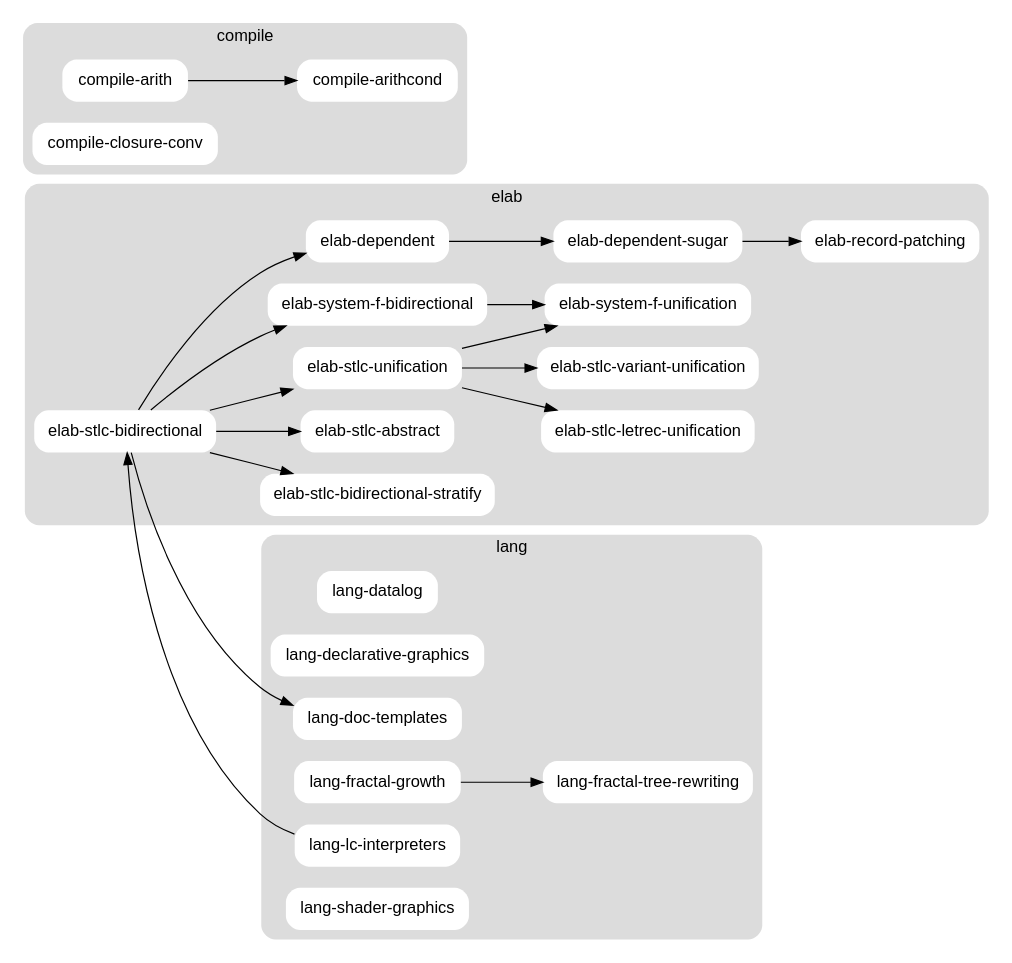
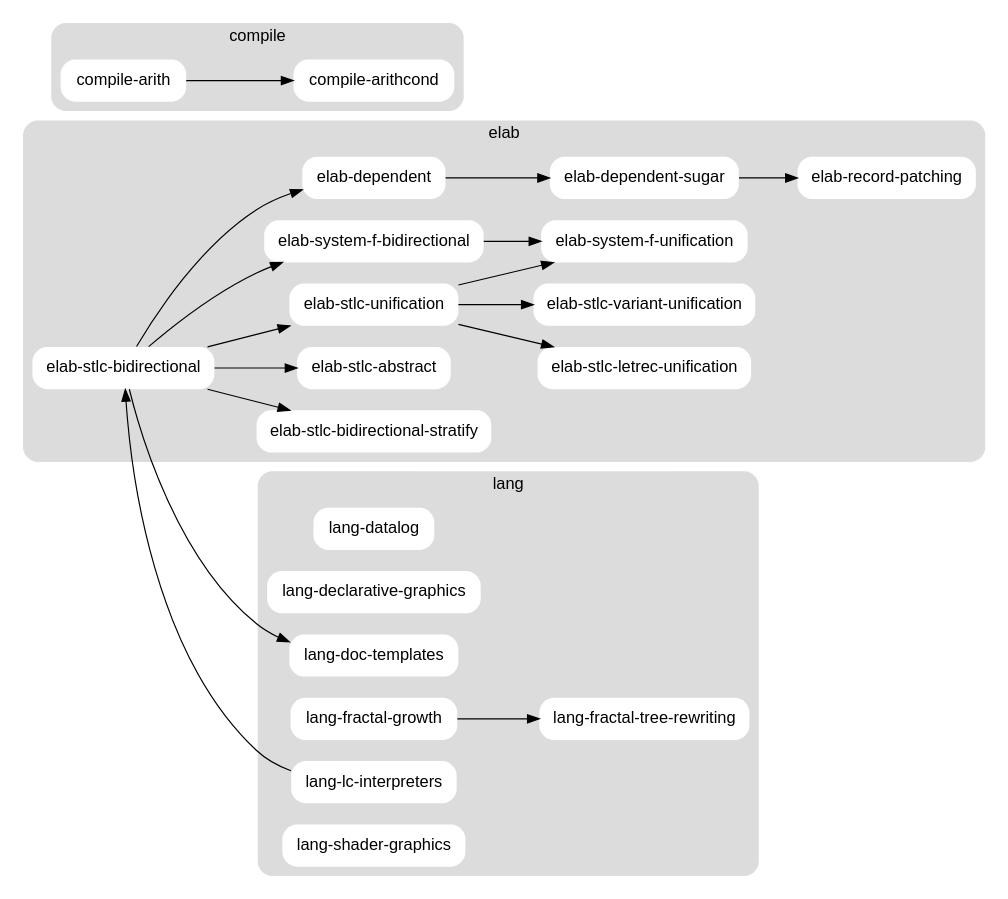
Before and after one commit to brendanzab/language-garden: the diagram in garden.dot, drawn with Graphviz. The commit also changed 52 other files, not shown here.

```diff
--- a/garden.dot
+++ b/garden.dot
@@ -1,78 +1,77 @@
 // dot -Tsvg garden.dot > garden.svg
 // dot -Tpng garden.dot | imgcat
 
 digraph garden {
 
   graph [
     color = "none",
     fillcolor = "gainsboro",
     fontname = "Helvetica,Arial,sans-serif",
     rankdir = LR,
     style = "filled, rounded",
   ];
 
   node [
     color = "none",
     fillcolor = "white",
     fontname = "Helvetica,Arial,sans-serif",
     margin = "0.2, 0.0",
     shape = "box",
     style = "filled, rounded",
   ];
 
   subgraph elab {
     label = "elab";
     cluster = true;
 
     "elab-stlc-bidirectional" [URL = "./elab-stlc-bidirectional"];
     "elab-stlc-bidirectional-stratify" [URL = "./elab-stlc-bidirectional"];
     "elab-stlc-abstract" [URL = "./elab-stlc-abstract"];
     "elab-stlc-unification" [URL = "./elab-stlc-unification"];
     "elab-stlc-letrec-unification" [URL = "./elab-stlc-letrec-unification"];
     "elab-stlc-variant-unification" [URL = "./elab-stlc-variant-unification"];
     "elab-system-f-bidirectional" [URL = "./elab-system-f-bidirectional"];
     "elab-system-f-unification" [URL = "./elab-system-f-unification"];
     "elab-dependent" [URL = "./elab-dependent/"];
     "elab-dependent-sugar" [URL = "./elab-dependent-sugar/"];
     "elab-record-patching" [URL = "./elab-record-patching/"];
   }
 
   subgraph compile {
     label = "compile";
     cluster = true;
 
     "compile-arith" [URL = "./compile-arith/"];
     "compile-arithcond" [URL = "./compile-arithcond/"];
-    "compile-closure-conv" [URL = "./compile-closure-conv"];
   }
 
   subgraph lang {
     label = "lang";
     cluster = true;
 
     "lang-datalog" [URL = "./lang-datalog/"];
     "lang-declarative-graphics" [URL = "./lang-declarative-graphics/"];
     "lang-doc-templates" [URL = "./lang-doc-templates/"];
     "lang-fractal-growth" [URL = "./lang-fractal-growth/"];
     "lang-fractal-tree-rewriting" [URL = "./lang-fractal-tree-rewriting/"];
     "lang-lc-interpreters" [URL = "./lang-lc-interpreters/"];
     "lang-shader-graphics" [URL = "./lang-shader-graphics/"];
   }
 
   "elab-stlc-bidirectional" -> "elab-stlc-bidirectional-stratify";
   "elab-stlc-bidirectional" -> "elab-stlc-unification";
   "elab-stlc-bidirectional" -> "elab-stlc-abstract";
   "elab-stlc-bidirectional" -> "elab-system-f-bidirectional";
   "elab-stlc-bidirectional" -> "elab-dependent";
   "elab-stlc-bidirectional" -> "lang-doc-templates";
   "elab-stlc-unification" -> "elab-stlc-letrec-unification";
   "elab-stlc-unification" -> "elab-stlc-variant-unification";
   "elab-stlc-unification" -> "elab-system-f-unification";
   "elab-system-f-bidirectional" -> "elab-system-f-unification";
   "elab-dependent" -> "elab-dependent-sugar";
   "elab-dependent-sugar" -> "elab-record-patching";
   "compile-arith" -> "compile-arithcond";
   "lang-lc-interpreters" -> "elab-stlc-bidirectional";
   "lang-fractal-growth" -> "lang-fractal-tree-rewriting";
 
 }
```
